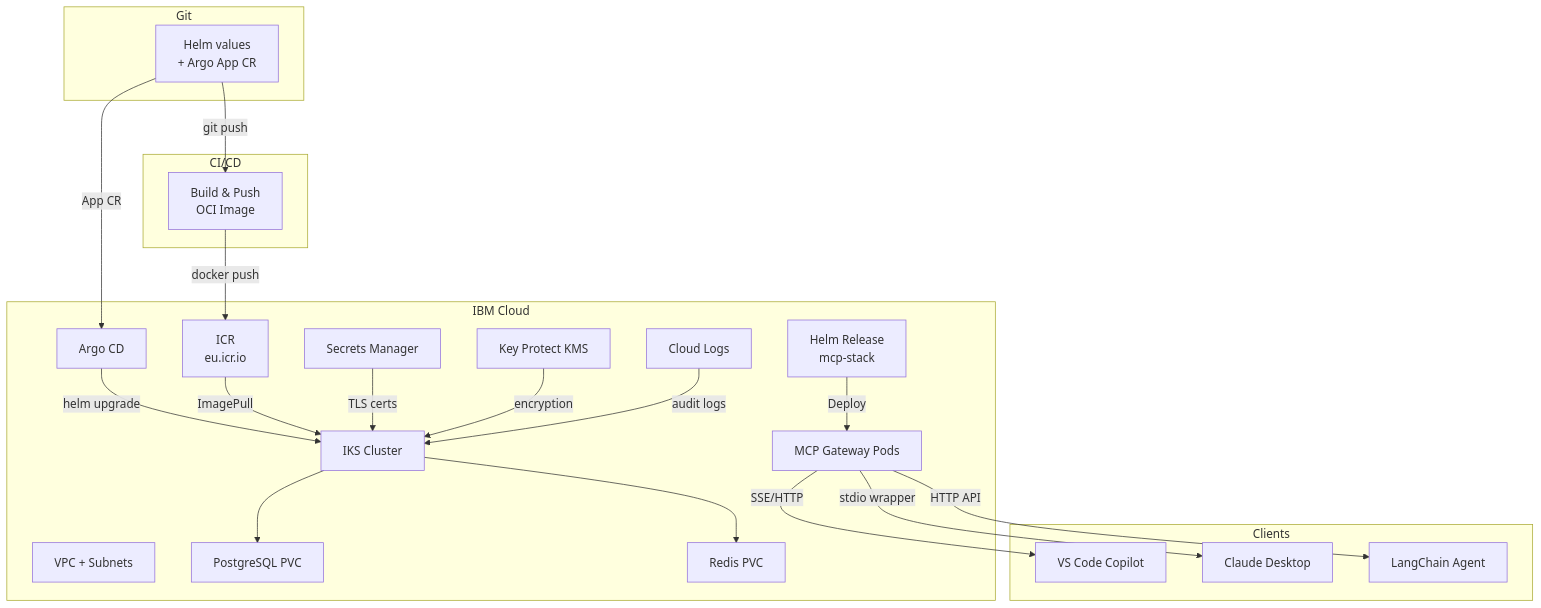
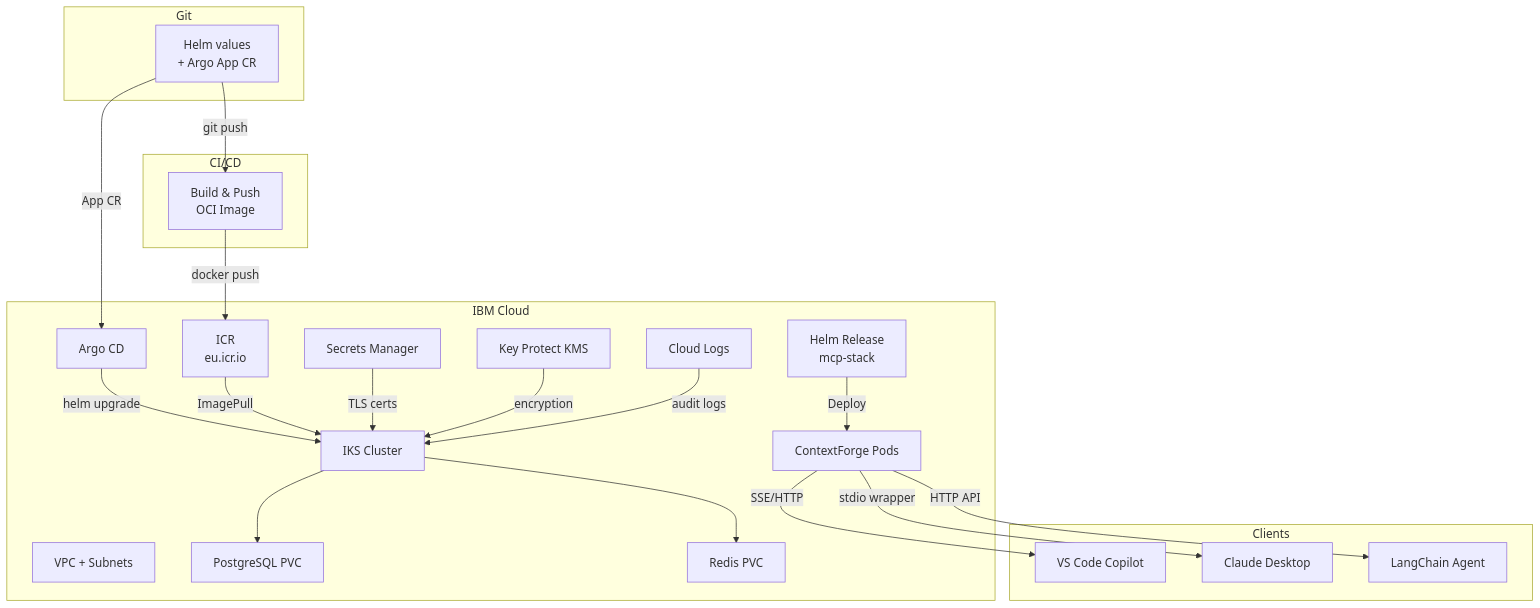
The diagram in docs/docs/tutorials/argocd-helm-deployment-ibm-cloud-iks.md (tedhabeck/mcp-context-forge), drawn with Mermaid before and after one commit. The commit also changed other lines of this file and 583 other files, not shown here.

First line of the commit message:
docs: rebrand to ContextForge AI Gateway (#3091)

````diff
--- a/docs/docs/tutorials/argocd-helm-deployment-ibm-cloud-iks.md
+++ b/docs/docs/tutorials/argocd-helm-deployment-ibm-cloud-iks.md
@@ -19,50 +19,50 @@
 ```mermaid
 flowchart TD
     %% ---------------- Git ----------------
     subgraph Git
         repo["Helm values<br/>+ Argo App CR"]
     end
 
     %% ---------------- CI/CD --------------
     subgraph "CI/CD"
         build["Build &amp; Push<br/>OCI Image"]
     end
 
     %% ---------------- IBM Cloud ----------
     subgraph "IBM Cloud"
         vpc["VPC + Subnets"]
         iks["IKS Cluster"]
         icr["ICR<br/>eu.icr.io"]
         argocd["Argo CD"]
         helm["Helm Release<br/>mcp-stack"]
-        gateway["MCP Gateway Pods"]
+        gateway["ContextForge Pods"]
         db["PostgreSQL PVC"]
         redis["Redis PVC"]
         kms["Key Protect KMS"]
         secrets["Secrets Manager"]
         logs["Cloud Logs"]
     end
 
     %% ---------------- Clients ------------
     subgraph Clients
         vscode["VS Code Copilot"]
         claude["Claude Desktop"]
         langchain["LangChain Agent"]
     end
 
     %% ------------ Edges ------------------
     repo   -- "git push"      --> build
     build  -- "docker push"   --> icr
     repo   -- "App CR"        --> argocd
     argocd -- "helm upgrade"  --> iks
     icr    -- "ImagePull"     --> iks
     iks    --> db
     iks    --> redis
     helm   -- "Deploy"        --> gateway
     secrets-- "TLS certs"     --> iks
     kms    -- "encryption"    --> iks
     logs   -- "audit logs"    --> iks
     gateway-- "SSE/HTTP"      --> vscode
     gateway-- "stdio wrapper" --> claude
     gateway-- "HTTP API"      --> langchain
 ```
````
